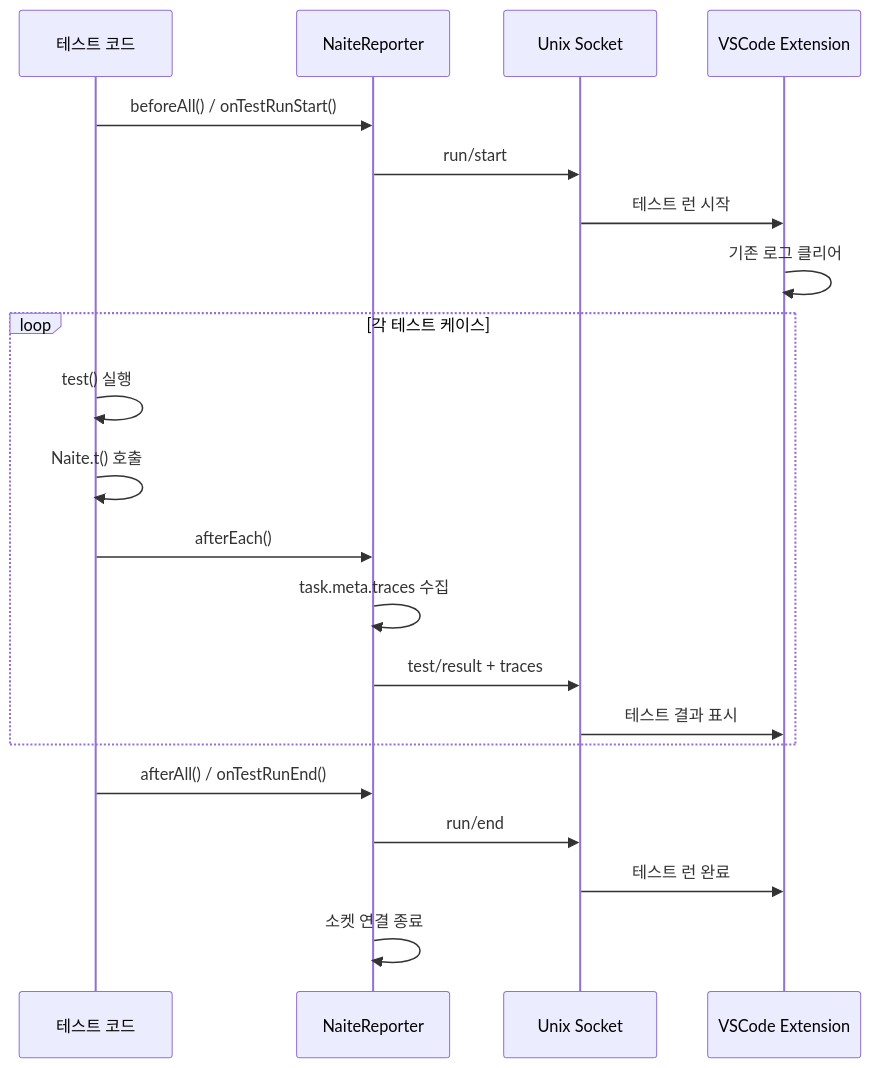
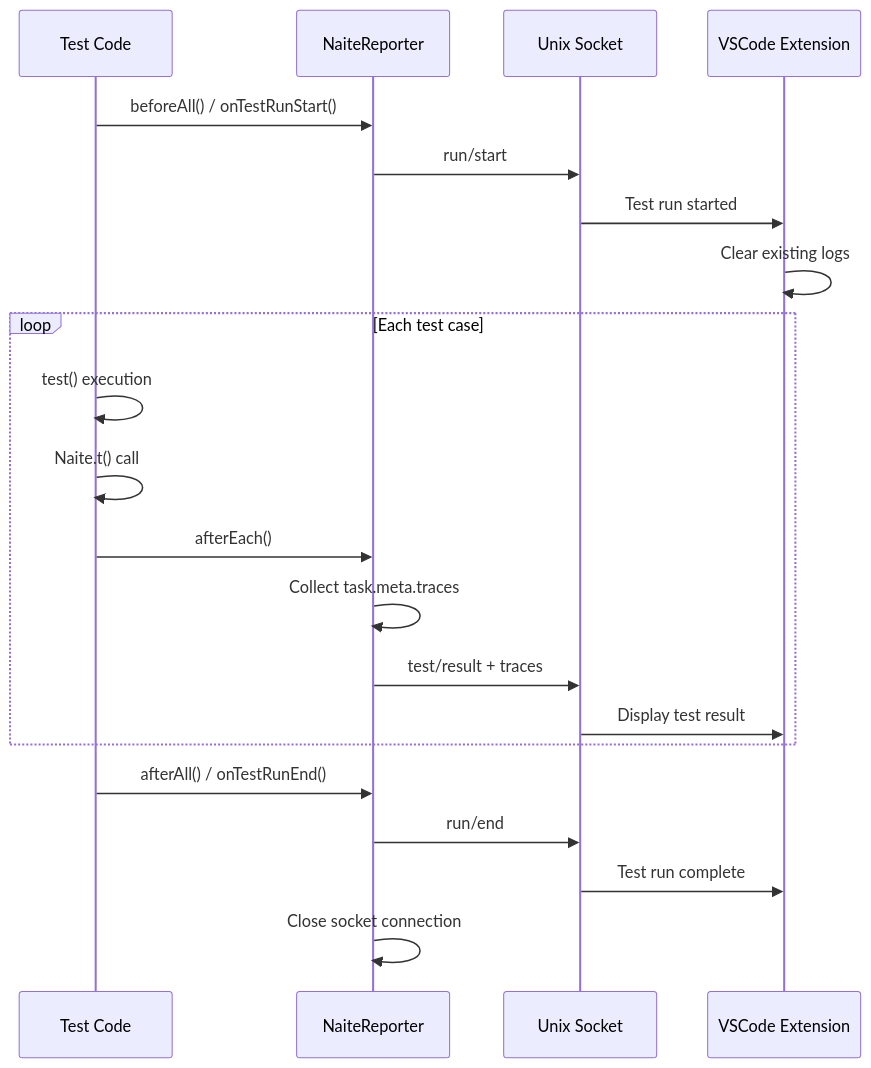
The second of 3 diagrams in modules/docs/en/testing/naite/naite-viewer.mdx (cartanova-ai/sonamu), drawn with Mermaid before and after one commit. The commit also changed other lines of this file and 86 other files, not shown here.

````diff
--- a/modules/docs/en/testing/naite/naite-viewer.mdx
+++ b/modules/docs/en/testing/naite/naite-viewer.mdx
@@ -239,26 +239,26 @@
 ```mermaid
 sequenceDiagram
-    participant Test as 테스트 코드
+    participant Test as Test Code
     participant Reporter as NaiteReporter
     participant Socket as Unix Socket
     participant Extension as VSCode Extension
 
     Test->>Reporter: beforeAll() / onTestRunStart()
     Reporter->>Socket: run/start
-    Socket->>Extension: 테스트 런 시작
-    Extension->>Extension: 기존 로그 클리어
+    Socket->>Extension: Test run started
+    Extension->>Extension: Clear existing logs
 
-    loop 각 테스트 케이스
-        Test->>Test: test() 실행
-        Test->>Test: Naite.t() 호출
+    loop Each test case
+        Test->>Test: test() execution
+        Test->>Test: Naite.t() call
         Test->>Reporter: afterEach()
-        Reporter->>Reporter: task.meta.traces 수집
+        Reporter->>Reporter: Collect task.meta.traces
         Reporter->>Socket: test/result + traces
-        Socket->>Extension: 테스트 결과 표시
+        Socket->>Extension: Display test result
     end
 
     Test->>Reporter: afterAll() / onTestRunEnd()
     Reporter->>Socket: run/end
-    Socket->>Extension: 테스트 런 완료
-    Reporter->>Reporter: 소켓 연결 종료
+    Socket->>Extension: Test run complete
+    Reporter->>Reporter: Close socket connection
 ```
````
